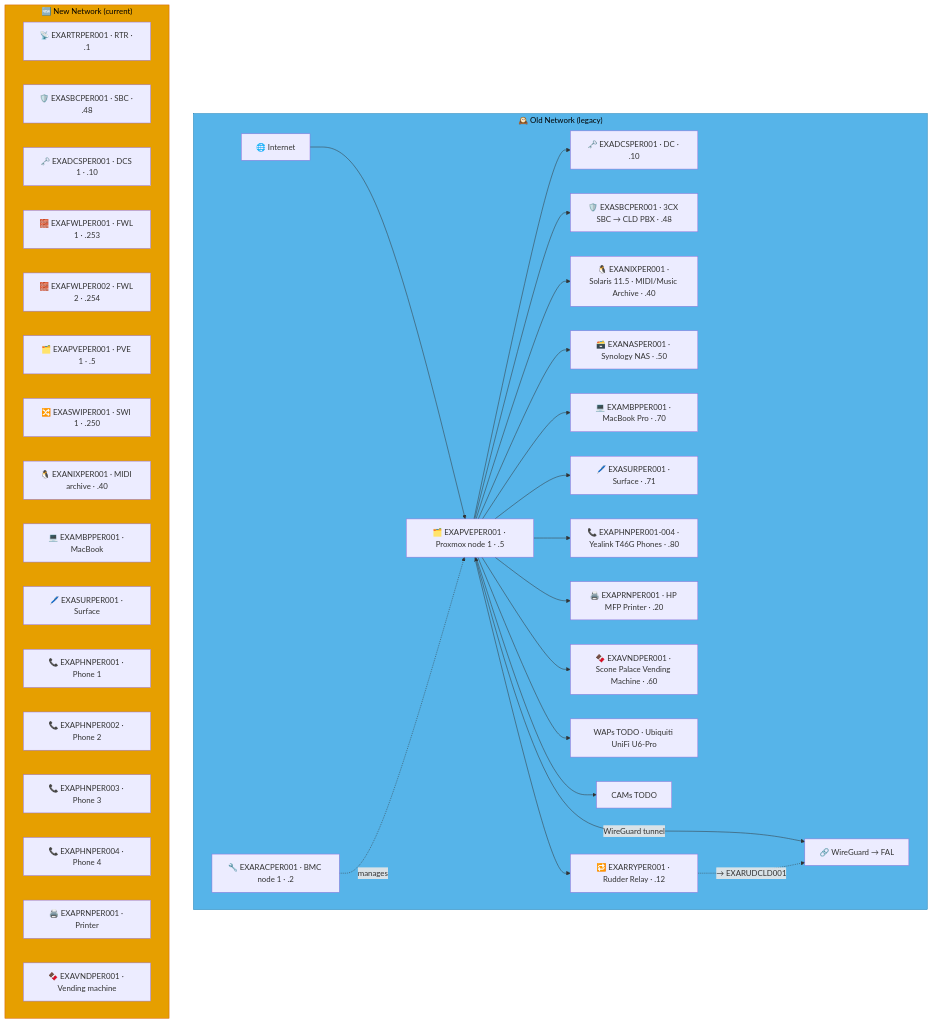
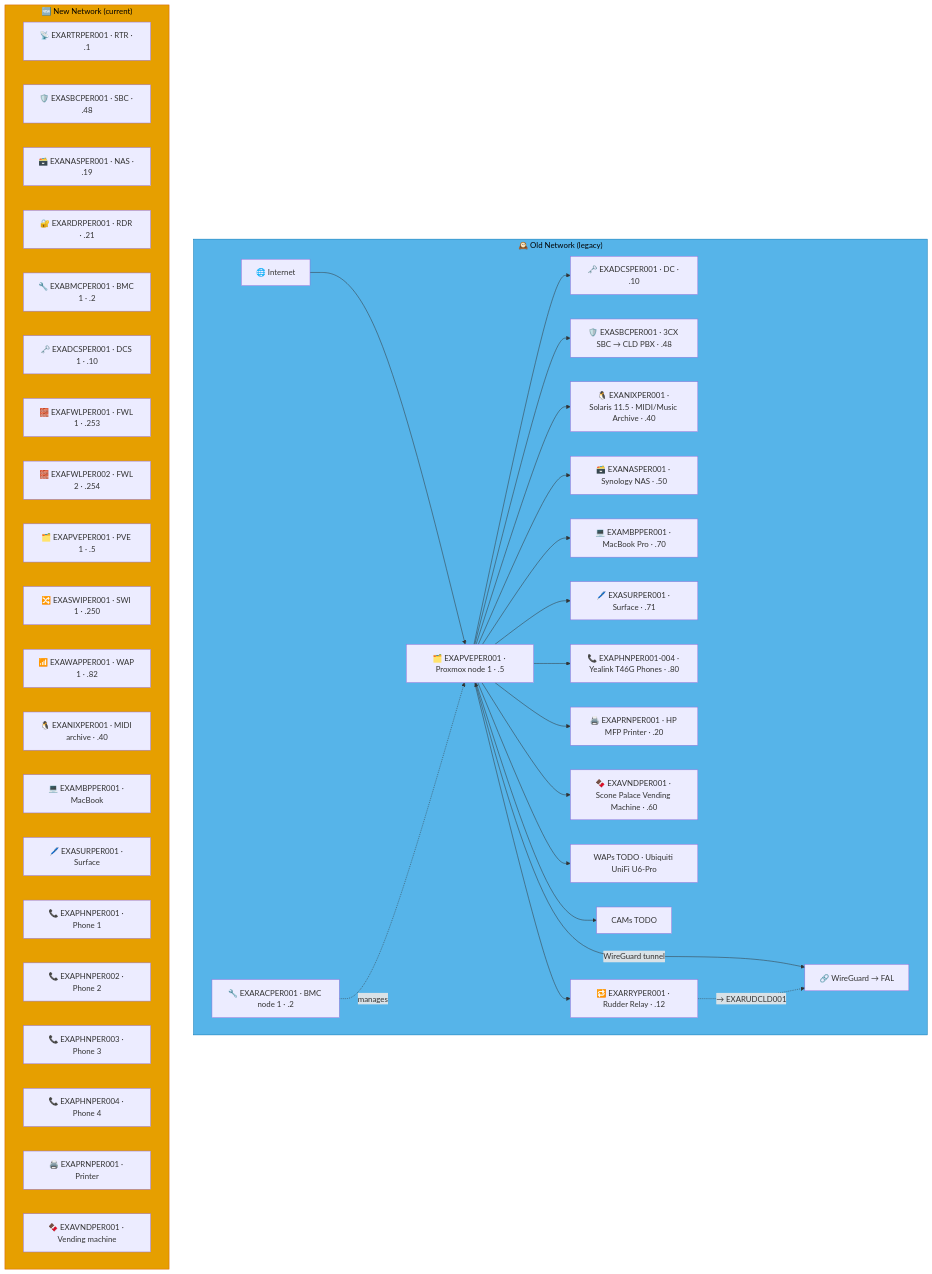
The sixth of 7 diagrams in docs/network-diagram/scotland.md (knightmare2600/example_music_infra), drawn with Mermaid before and after one commit. The commit also changed other lines of this file and 15 other files, not shown here.

````diff
--- a/docs/network-diagram/scotland.md
+++ b/docs/network-diagram/scotland.md
@@ -400,52 +418,56 @@
 ```mermaid
 graph TD
     subgraph OLD_PER ["🕰️ Old Network (legacy)"]
       INET["🌐 Internet"]
       RAC["🔧 EXARACPER001 · BMC node 1 · .2"]
       PVE["🗂️ EXAPVEPER001 · Proxmox node 1 · .5"]
       DC["🗝️ EXADCSPER001 · DC · .10"]
       SBC["🛡️ EXASBCPER001 · 3CX SBC → CLD PBX · .48"]
       RRY["🔁 EXARRYPER001 · Rudder Relay · .12"]
       NIX["🐧 EXANIXPER001 · Solaris 11.5 · MIDI/Music Archive · .40"]
       NAS["🗃️ EXANASPER001 · Synology NAS · .50"]
       MBP["💻 EXAMBPPER001 · MacBook Pro · .70"]
       SUR["🖊️ EXASURPER001 · Surface · .71"]
       PHN["📞 EXAPHNPER001-004 · Yealink T46G Phones · .80"]
       PRN["🖨️ EXAPRNPER001 · HP MFP Printer · .20"]
       VND["🍫 EXAVNDPER001 · Scone Palace Vending Machine · .60"]
       WAP["WAPs TODO · Ubiquiti UniFi U6-Pro"]
       CAM["CAMs TODO"]
       VPN["🔗 WireGuard → FAL"]
 
       INET --> PVE
       PVE --> DC & SBC & NIX & NAS
       RAC -.->|"manages"| PVE
       PVE --> MBP & SUR & PHN & PRN & VND & WAP & CAM
       PVE <-->|"WireGuard tunnel"| VPN
 
       PVE --> RRY
       RRY -. "→ EXARUDCLD001" .-> VPN
     end
     style OLD_PER fill:#56B4E9,stroke:#0072B2,color:#000000
     %% GENERATED:NEW-NETWORK:PER:START
     subgraph NEW_PER ["🆕 New Network (current)"]
       N_RTR["📡 EXARTRPER001 · RTR · .1"]
       N_SBC["🛡️ EXASBCPER001 · SBC · .48"]
+      N_NAS["🗃️ EXANASPER001 · NAS · .19"]
+      N_RDR["🔐 EXARDRPER001 · RDR · .21"]
+      N_BMC["🔧 EXABMCPER001 · BMC 1 · .2"]
       N_DCS["🗝️ EXADCSPER001 · DCS 1 · .10"]
       N_FWL["🧱 EXAFWLPER001 · FWL 1 · .253"]
       N_FWL2["🧱 EXAFWLPER002 · FWL 2 · .254"]
       N_PVE["🗂️ EXAPVEPER001 · PVE 1 · .5"]
       N_SWI["🔀 EXASWIPER001 · SWI 1 · .250"]
+      N_WAP["📶 EXAWAPPER001 · WAP 1 · .82"]
       N_NIX["🐧 EXANIXPER001 · MIDI archive · .40"]
       N_MBP["💻 EXAMBPPER001 · MacBook"]
       N_SUR["🖊️ EXASURPER001 · Surface"]
       N_PHN["📞 EXAPHNPER001 · Phone 1"]
       N_PHN2["📞 EXAPHNPER002 · Phone 2"]
       N_PHN3["📞 EXAPHNPER003 · Phone 3"]
       N_PHN4["📞 EXAPHNPER004 · Phone 4"]
       N_PRN["🖨️ EXAPRNPER001 · Printer"]
       N_VND["🍫 EXAVNDPER001 · Vending machine"]
     end
     style NEW_PER fill:#E69F00,stroke:#D55E00,color:#000000
     %% GENERATED:NEW-NETWORK:PER:END
 ```
````
